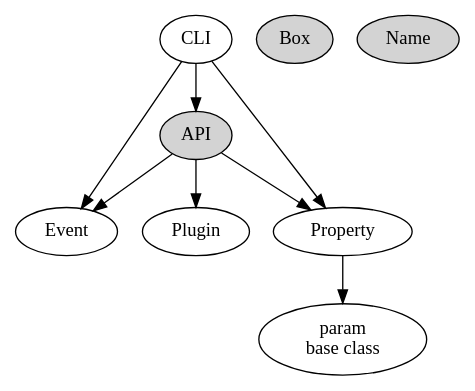
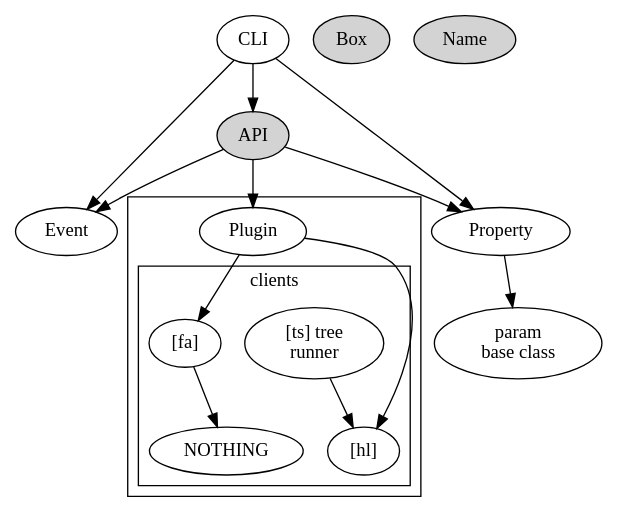
The diagram in lib/skylab/cull/doc/issues/003-list-of-things-we-want-to-cull.dot (hipe/tmx), drawn with Graphviz before and after one commit. The commit also changed 86 other files, not shown here.

```diff
--- a/lib/skylab/cull/doc/issues/003-list-of-things-we-want-to-cull.dot
+++ b/lib/skylab/cull/doc/issues/003-list-of-things-we-want-to-cull.dot
@@ -1,52 +1,69 @@
 digraph g {
 
 /*
 
 list of things we want to cull :[#003]
 
 most difficult-ish is at top
 
   + API
 
   + plugin libs?
 
   + there are numerous CLI libs
 
   + there are at least 3 ways to do API
 
   + there are quite numerous param libs
     + there are numerous param base classes
 
   + there are numerous event base classes
 
   + there are numerous CLI table libs (hubbed at [#fa-002])
 
   + IO select: [#fa-003] and [#sy-006]
 
 
   + there WERE two name libs
   + there WERE at least 3 box libs
 */
 
 
   API [style=filled]
   Box [style=filled]
   CLI
   Event
   Name [style=filled]
   Param [ label="param\nbase class" ]
   Plugin
   Property
 
 
   API -> Event
   API -> Plugin
   API -> Property
   CLI -> API
   CLI -> Event
   CLI -> Property
-  Property-> Param
+  Property -> Param
+
+  subgraph cluster_c1 {
+
+    pu_fa [label="[fa]"]
+    Plugin -> pu_fa
+
+    pu_hl [label="[hl]"]
+    Plugin -> pu_hl
+
+    subgraph cluster_c2 {
+      label="clients"
+      pu_cl_tr [label="[ts] tree\nrunner"]
+      pu_cl_tr -> pu_hl
+
+      pu_fa -> NOTHING
+    }
+  }
 
   /* that one color of blue: fillcolor="#b5d5fb" */
 
 }
```
